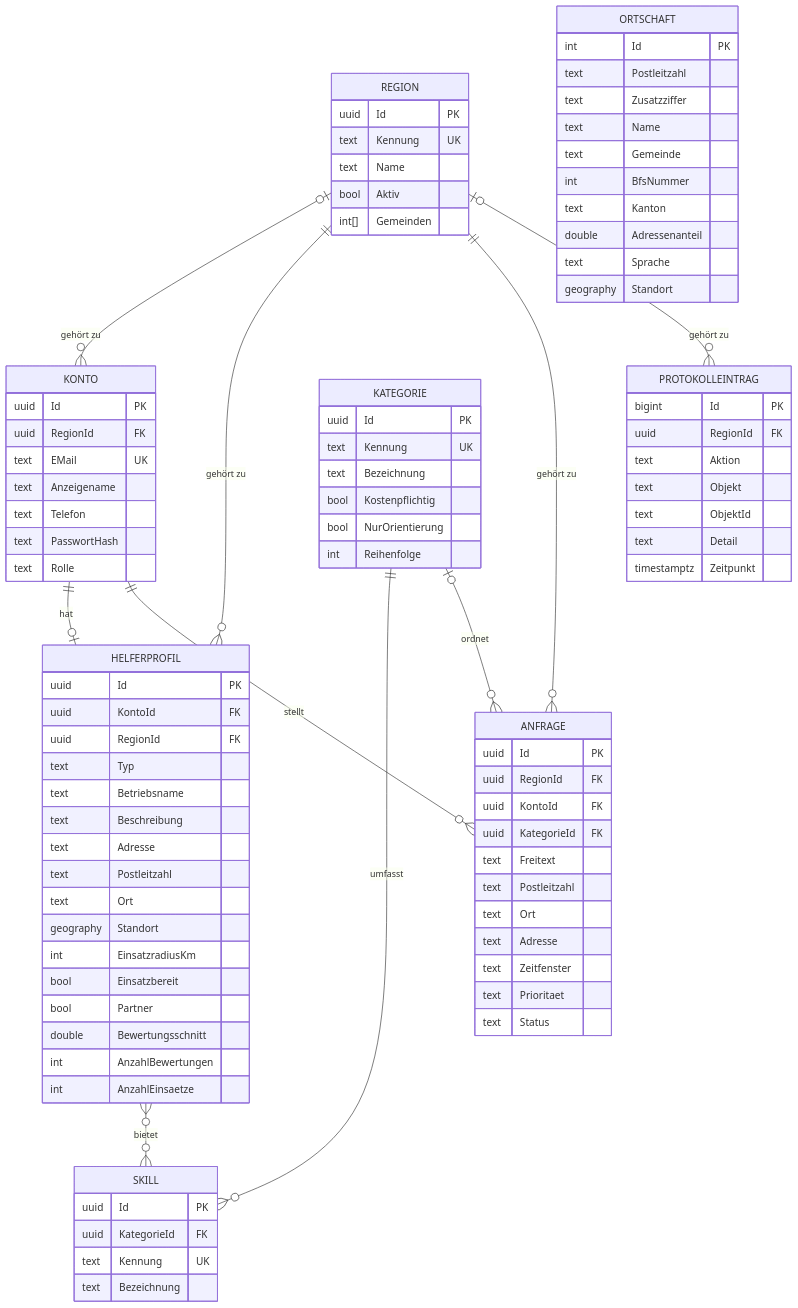
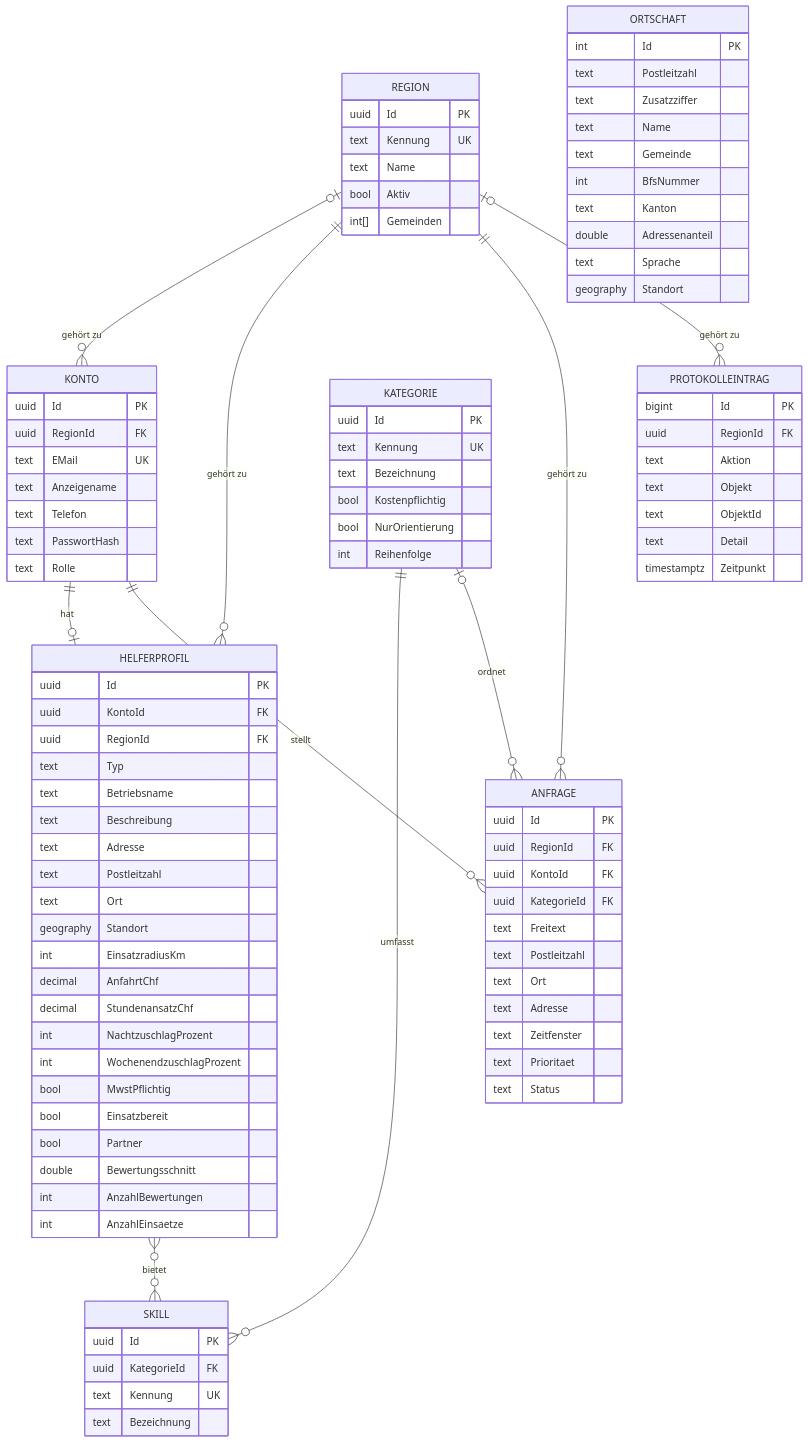
The diagram in docs/datenmodell.md (maliswiss/soforthilfe-bern-mittelland), drawn with Mermaid before and after one commit. The commit also changed other lines of this file and 24 other files, not shown here.

```diff
--- a/docs/datenmodell.md
+++ b/docs/datenmodell.md
@@ -58,6 +58,11 @@
     text Ort
     geography Standort
     int EinsatzradiusKm
+    decimal AnfahrtChf
+    decimal StundenansatzChf
+    int NachtzuschlagProzent
+    int WochenendzuschlagProzent
+    bool MwstPflichtig
     bool Einsatzbereit
     bool Partner
     double Bewertungsschnitt
```
